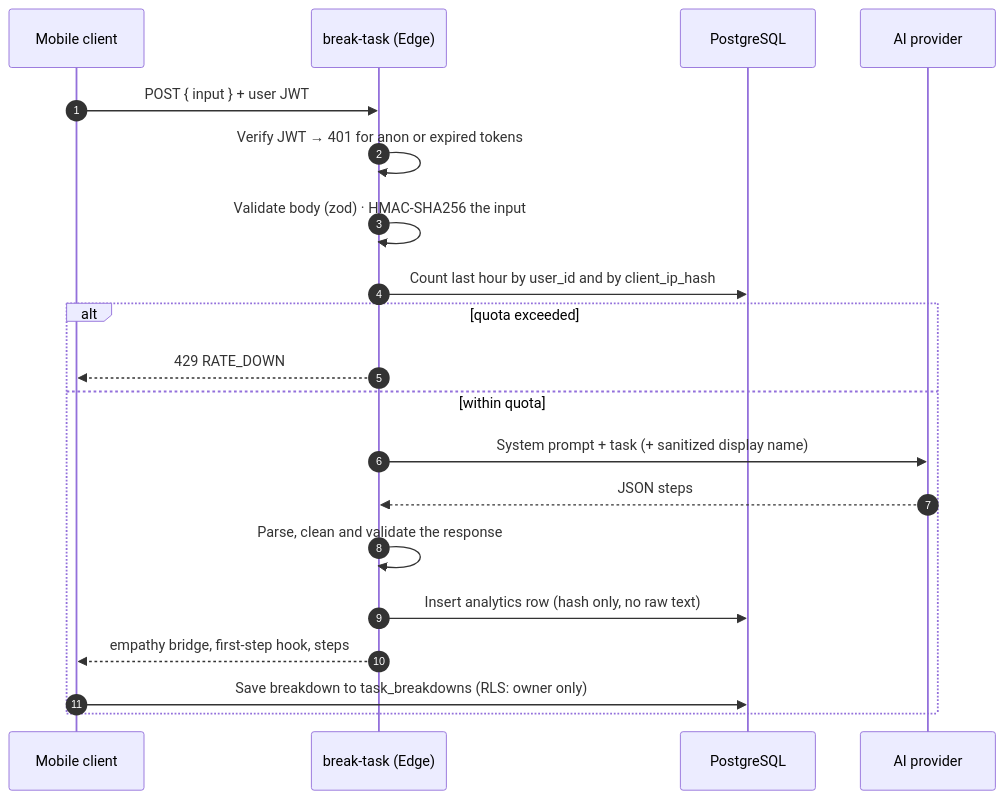
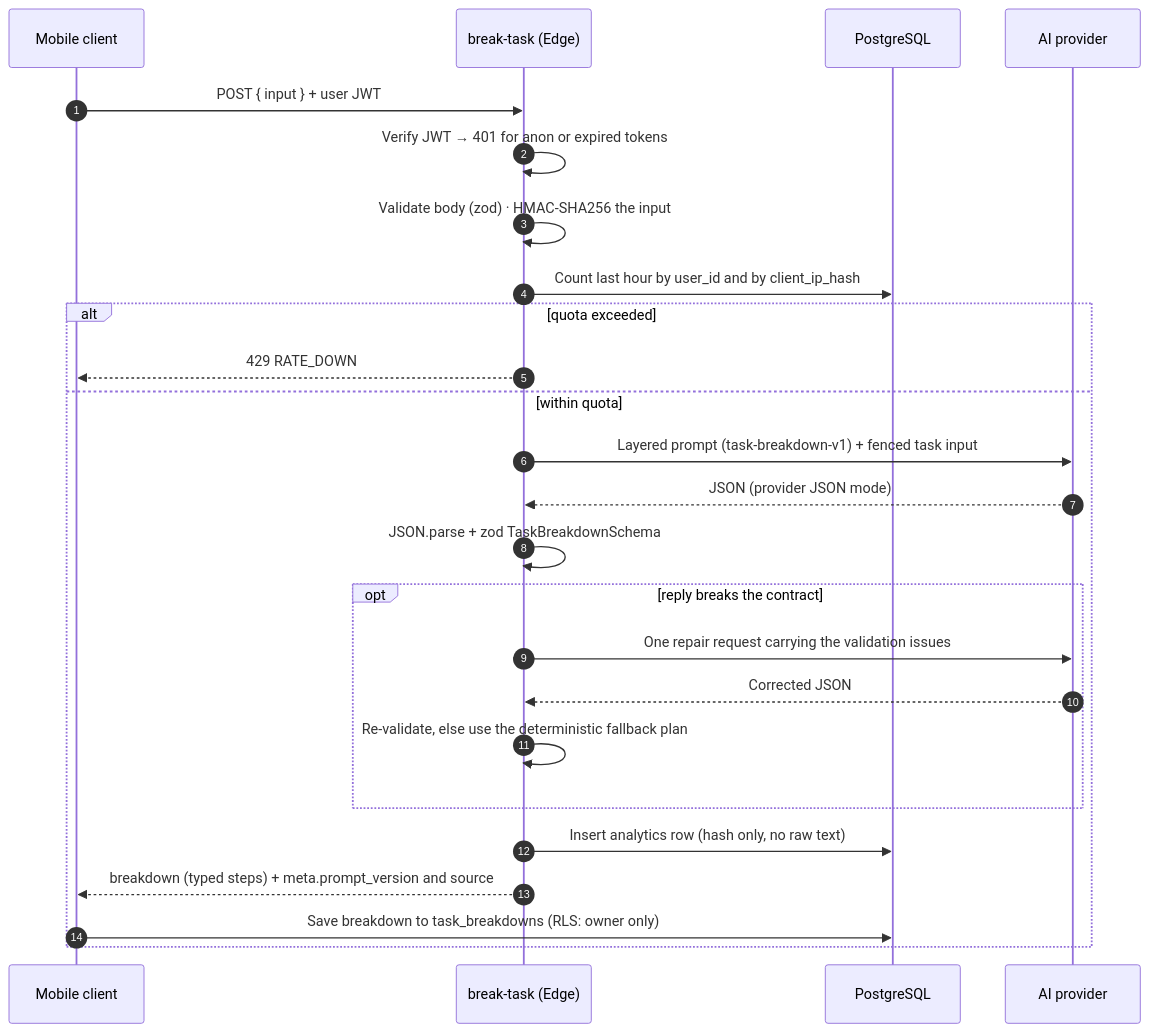
The second of 2 diagrams in README.md (ahmetHakanSenel/Minito), drawn with Mermaid before and after one commit. The commit also changed other lines of this file and 19 other files, not shown here.

First line of the commit message:
Feat(ai): Structured, validated task breakdowns with a repair loop

````diff
--- a/README.md
+++ b/README.md
@@ -56,23 +61,28 @@
 ```mermaid
 sequenceDiagram
   autonumber
   participant App as Mobile client
   participant EF as break-task (Edge)
   participant DB as PostgreSQL
   participant LLM as AI provider
 
   App->>EF: POST { input } + user JWT
   EF->>EF: Verify JWT → 401 for anon or expired tokens
   EF->>EF: Validate body (zod) · HMAC-SHA256 the input
   EF->>DB: Count last hour by user_id and by client_ip_hash
   alt quota exceeded
     EF-->>App: 429 RATE_DOWN
   else within quota
-    EF->>LLM: System prompt + task (+ sanitized display name)
-    LLM-->>EF: JSON steps
-    EF->>EF: Parse, clean and validate the response
+    EF->>LLM: Layered prompt (task-breakdown-v1) + fenced task input
+    LLM-->>EF: JSON (provider JSON mode)
+    EF->>EF: JSON.parse + zod TaskBreakdownSchema
+    opt reply breaks the contract
+      EF->>LLM: One repair request carrying the validation issues
+      LLM-->>EF: Corrected JSON
+      EF->>EF: Re-validate, else use the deterministic fallback plan
+    end
     EF->>DB: Insert analytics row (hash only, no raw text)
-    EF-->>App: empathy bridge, first-step hook, steps
+    EF-->>App: breakdown (typed steps) + meta.prompt_version and source
     App->>DB: Save breakdown to task_breakdowns (RLS: owner only)
   end
 ```
````
